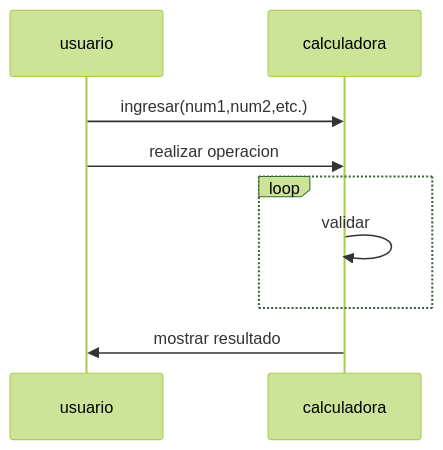
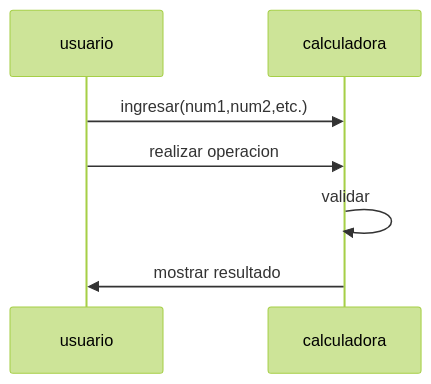
The diagram in README.md (PaolaVPV/diagrama), drawn with Mermaid (forest theme) before and after one commit.

````diff
--- a/README.md
+++ b/README.md
@@ -3,11 +3,9 @@
 ```mermaid
 sequenceDiagram
     usuario->>calculadora:ingresar(num1,num2,etc.)
     usuario->>calculadora:realizar operacion
-    loop
         calculadora->>calculadora: validar
-    end
     calculadora->>usuario:mostrar resultado
     
     
 ```
````
